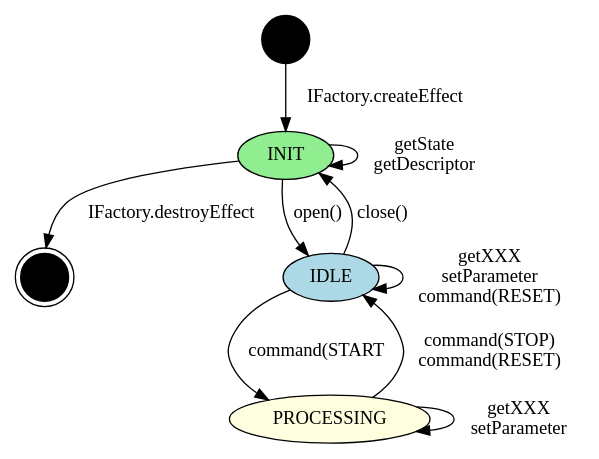
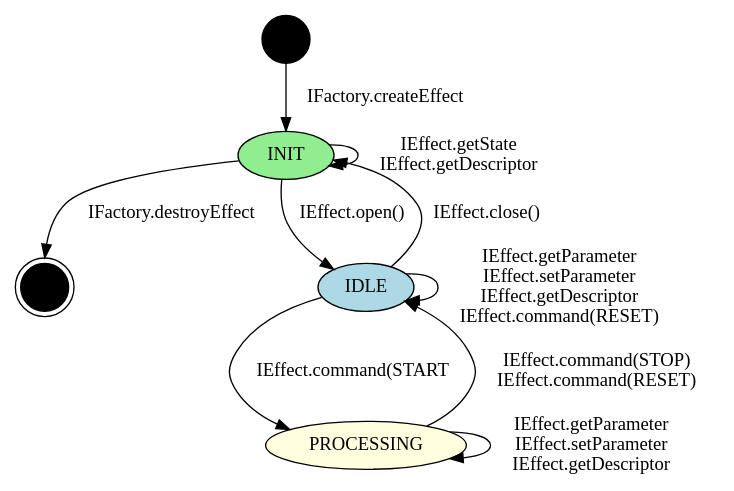
The diagram in audio/aidl/android/hardware/audio/effect/state.gv (LineageOS/android_hardware_interfaces), drawn with Graphviz before and after one commit.

Commit message:
Update effect AIDL state machine graph
Bug: 271500140
Test: dot -Tpng state.gv -o state.png
(cherry picked from https://android-review.googlesource.com/q/commit:a8c5e014db942d84340fcdd8e75cc5359ef03e44)
Merged-In: Icbabe75e24497594f8bc62985553c1c13d268dae

```diff
--- a/audio/aidl/android/hardware/audio/effect/state.gv
+++ b/audio/aidl/android/hardware/audio/effect/state.gv
@@ -1,36 +1,36 @@
 /*
  * Copyright (C) 2022 The Android Open Source Project
  *
  * Licensed under the Apache License, Version 2.0 (the "License");
  * you may not use this file except in compliance with the License.
  * You may obtain a copy of the License at
  *
  *      http://www.apache.org/licenses/LICENSE-2.0
  *
  * Unless required by applicable law or agreed to in writing, software
  * distributed under the License is distributed on an "AS IS" BASIS,
  * WITHOUT WARRANTIES OR CONDITIONS OF ANY KIND, either express or implied.
  * See the License for the specific language governing permissions and
  * limitations under the License.
  */
 
 // To render: "dot -Tpng state.gv -o state.png"
 digraph effect_state_machine {
     node[shape = point style = filled fillcolor = black width = 0.5] I;
     node[shape = doublecircle] F;
     node[shape = oval width = 1];
     node[fillcolor = lightgreen] INIT;
     node[fillcolor = lightblue] IDLE;
     node[fillcolor = lightyellow] PROCESSING;
 
     I -> INIT[label = "IFactory.createEffect" labelfontcolor = "navy"];
     INIT -> F[label = "IFactory.destroyEffect"];
-    INIT -> IDLE[label = "open()" labelfontcolor = "lime"];
-    IDLE -> PROCESSING[label = "command(START"];
-    PROCESSING -> IDLE[label = "command(STOP)\ncommand(RESET)"];
-    IDLE -> INIT[label = "close()"];
+    INIT -> IDLE[label = "IEffect.open()" labelfontcolor = "lime"];
+    IDLE -> PROCESSING[label = "IEffect.command(START"];
+    PROCESSING -> IDLE[label = "IEffect.command(STOP)\nIEffect.command(RESET)"];
+    IDLE -> INIT[label = "IEffect.close()"];
 
-    INIT -> INIT[label = "getState\ngetDescriptor"];
-    IDLE -> IDLE[label = "getXXX\nsetParameter\ncommand(RESET)"];
-    PROCESSING -> PROCESSING[label = "getXXX\nsetParameter"];
+    INIT -> INIT[label = "IEffect.getState\nIEffect.getDescriptor"];
+    IDLE -> IDLE[label = "IEffect.getParameter\nIEffect.setParameter\nIEffect.getDescriptor\nIEffect.command(RESET)"];
+    PROCESSING -> PROCESSING[label = "IEffect.getParameter\nIEffect.setParameter\nIEffect.getDescriptor"];
 }
```
